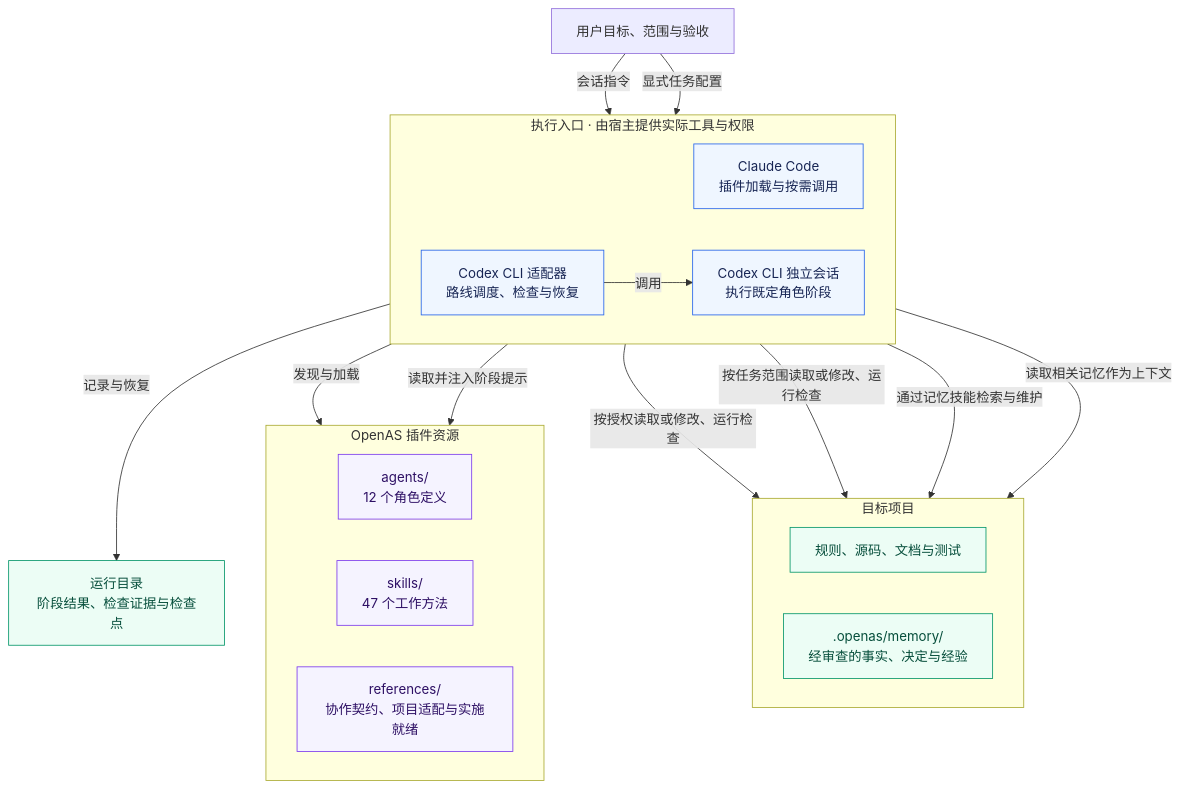
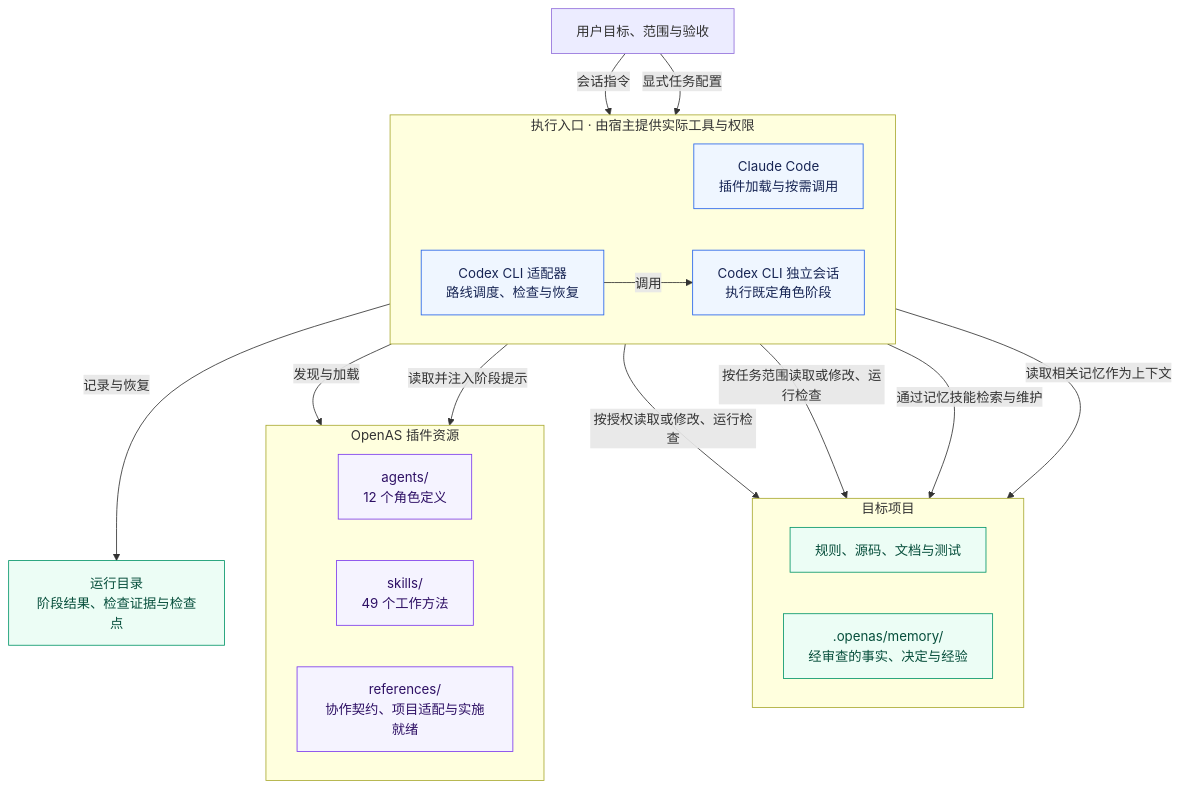
The first of 2 diagrams in README.md (xiangguangxin/OpenAS), drawn with Mermaid before and after one commit. The commit also changed other lines of this file and 28 other files, not shown here.

````diff
--- a/README.md
+++ b/README.md
@@ -332,44 +339,44 @@
 ```mermaid
 flowchart TB
     user["用户目标、范围与验收"]
 
     subgraph entry["执行入口 · 由宿主提供实际工具与权限"]
         direction LR
         claude["Claude Code<br/>插件加载与按需调用"]
         adapter["Codex CLI 适配器<br/>路线调度、检查与恢复"]
         sessions["Codex CLI 独立会话<br/>执行既定角色阶段"]
         adapter -->|调用| sessions
     end
 
     subgraph bundle["OpenAS 插件资源"]
         direction LR
         agents["agents/<br/>12 个角色定义"]
-        skills["skills/<br/>47 个工作方法"]
+        skills["skills/<br/>49 个工作方法"]
         contracts["references/<br/>协作契约、项目适配与实施就绪"]
     end
 
     subgraph target["目标项目"]
         direction LR
         repo["规则、源码、文档与测试"]
         memory[".openas/memory/<br/>经审查的事实、决定与经验"]
     end
 
     evidence["运行目录<br/>阶段结果、检查证据与检查点"]
 
     user -->|会话指令| claude
     user -->|显式任务配置| adapter
     claude -->|发现与加载| bundle
     adapter -->|读取并注入阶段提示| bundle
     claude -->|按授权读取或修改、运行检查| repo
     sessions -->|按任务范围读取或修改、运行检查| repo
     claude -->|通过记忆技能检索与维护| memory
     adapter -->|读取相关记忆作为上下文| memory
     adapter -->|记录与恢复| evidence
 
     classDef entryStyle fill:#eff6ff,stroke:#2563eb,color:#172554
     classDef resourceStyle fill:#f5f3ff,stroke:#7c3aed,color:#2e1065
     classDef dataStyle fill:#ecfdf5,stroke:#059669,color:#064e3b
     class claude,adapter,sessions entryStyle
     class agents,skills,contracts resourceStyle
     class repo,memory,evidence dataStyle
 ```
````
